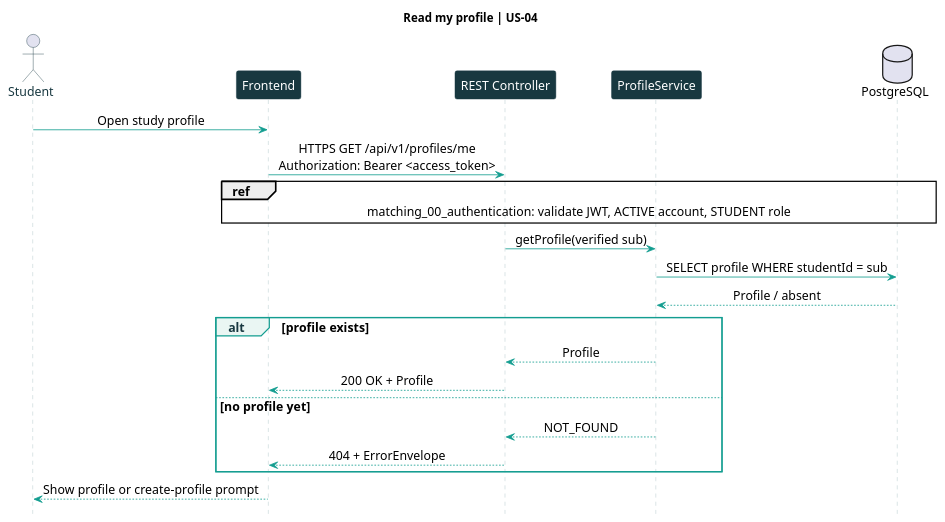
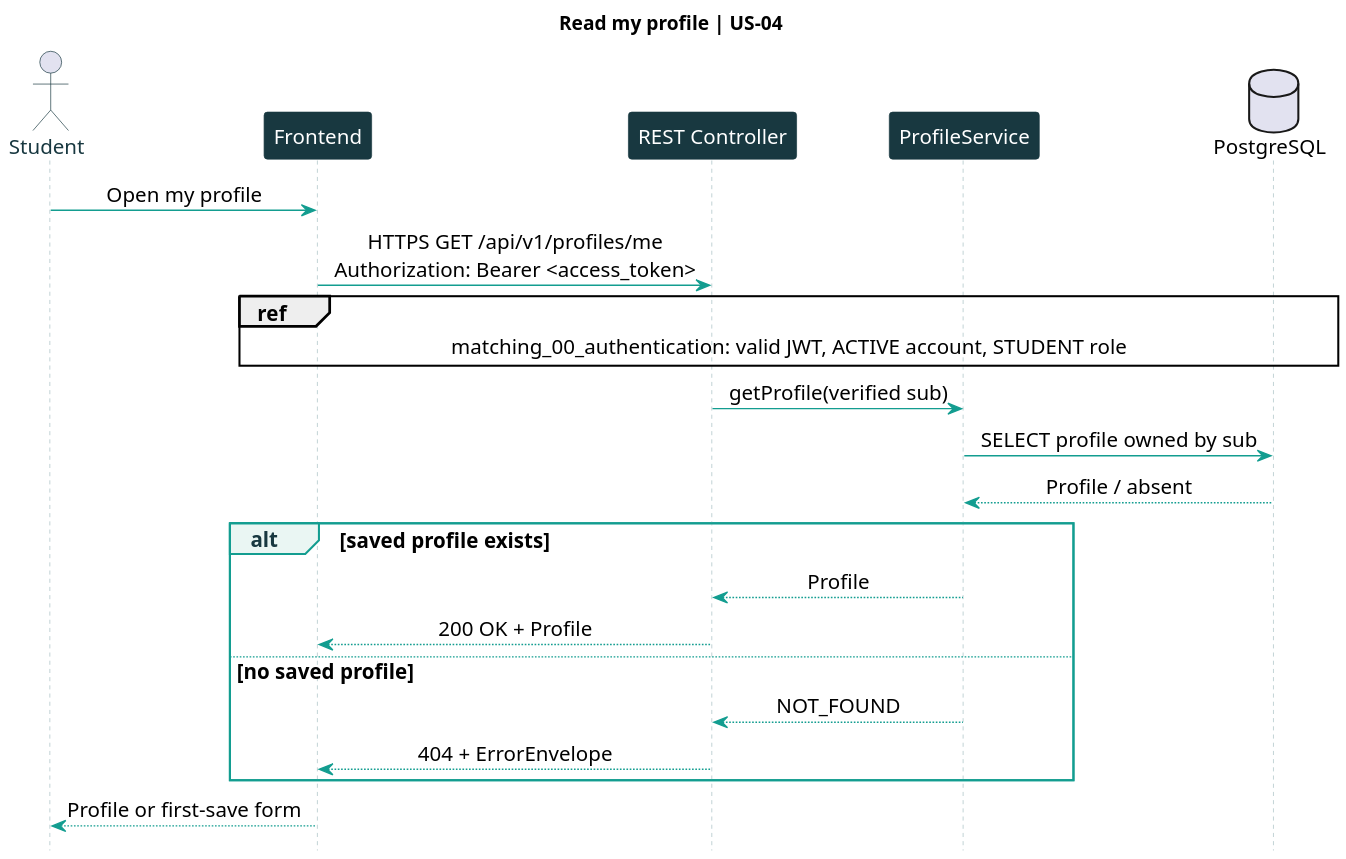
Before and after one commit to ErayGulerler/StudyMatch: the diagram in docs/sequence-diagrams/sources/matching_01_get_profile.puml, drawn with PlantUML. The commit also changed 25 other files, not shown here.

Commit message:
Align matching contract with agreed profile and availability endpoints

```diff
--- a/docs/sequence-diagrams/sources/matching_01_get_profile.puml
+++ b/docs/sequence-diagrams/sources/matching_01_get_profile.puml
@@ -1,47 +1,48 @@
 @startuml
 hide footbox
 skinparam backgroundColor white
 skinparam defaultFontName Arial
 skinparam defaultFontSize 15
+skinparam dpi 160
 skinparam shadowing false
 skinparam sequenceMessageAlign center
 skinparam ParticipantPadding 15
 skinparam BoxPadding 8
 skinparam sequence {
  ArrowColor #139D90
  LifeLineBorderColor #A5BFC2
  ParticipantBackgroundColor #183840
  ParticipantBorderColor #183840
  ParticipantFontColor white
  ActorBorderColor #183840
  ActorFontColor #183840
  GroupBorderColor #139D90
  GroupBackgroundColor #EAF6F3
  GroupHeaderFontColor #183840
  NoteBackgroundColor #FFF1E7
  NoteBorderColor #F66B22
 }
 actor Student
 participant Frontend as FE
 participant "REST Controller" as API
 participant ProfileService as S
 database PostgreSQL as DB
 title Read my profile | US-04
-Student -> FE: Open study profile
+Student -> FE: Open my profile
 FE -> API: HTTPS GET /api/v1/profiles/me\nAuthorization: Bearer <access_token>
 ref over FE, DB
-matching_00_authentication: validate JWT, ACTIVE account, STUDENT role
+matching_00_authentication: valid JWT, ACTIVE account, STUDENT role
 end ref
 
 API -> S: getProfile(verified sub)
-S -> DB: SELECT profile WHERE studentId = sub
+S -> DB: SELECT profile owned by sub
 DB --> S: Profile / absent
-alt profile exists
+alt saved profile exists
  S --> API: Profile
  API --> FE: 200 OK + Profile
-else no profile yet
+else no saved profile
  S --> API: NOT_FOUND
  API --> FE: 404 + ErrorEnvelope
 end
-FE --> Student: Show profile or create-profile prompt
+FE --> Student: Profile or first-save form
 @enduml
```
